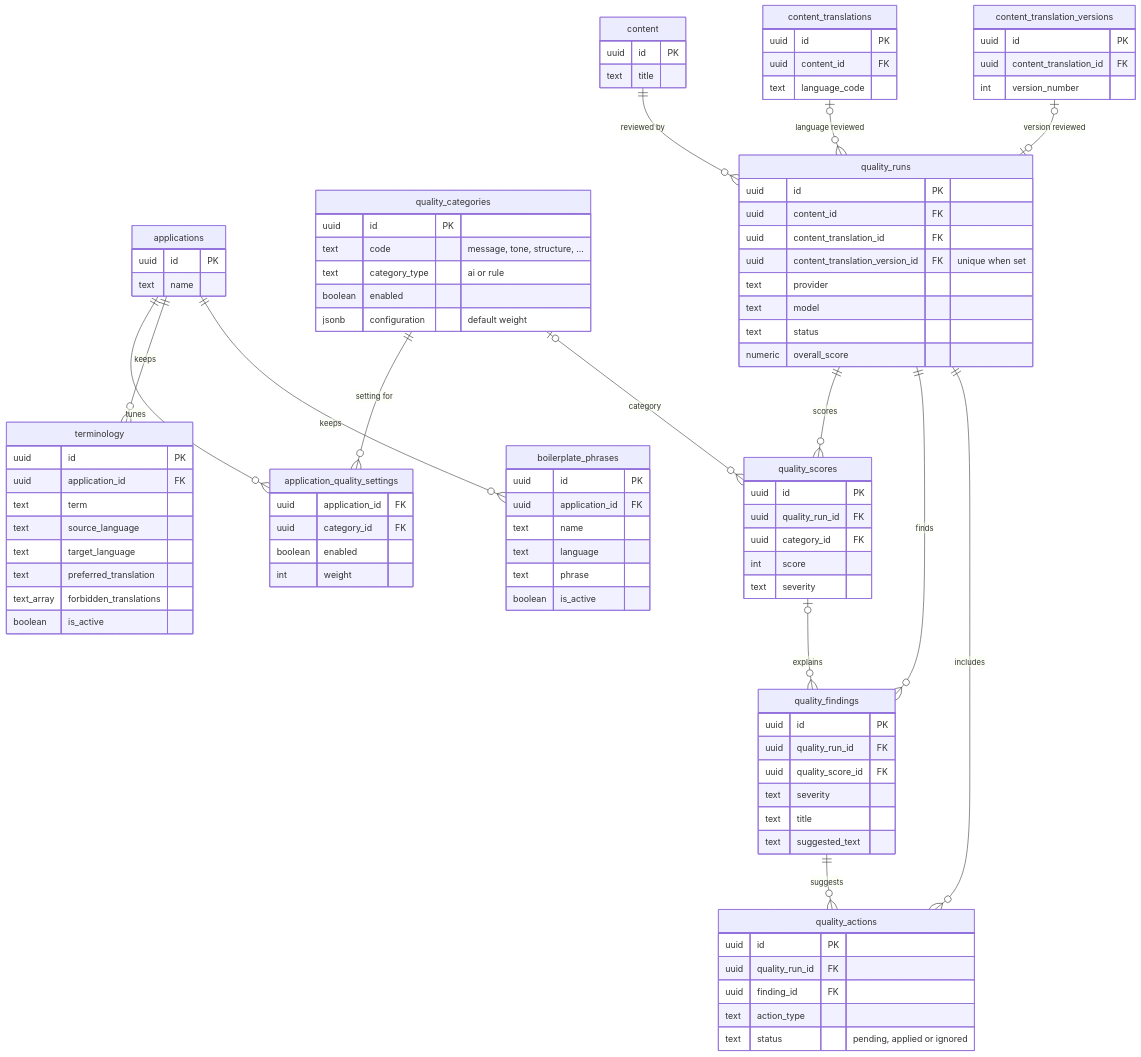
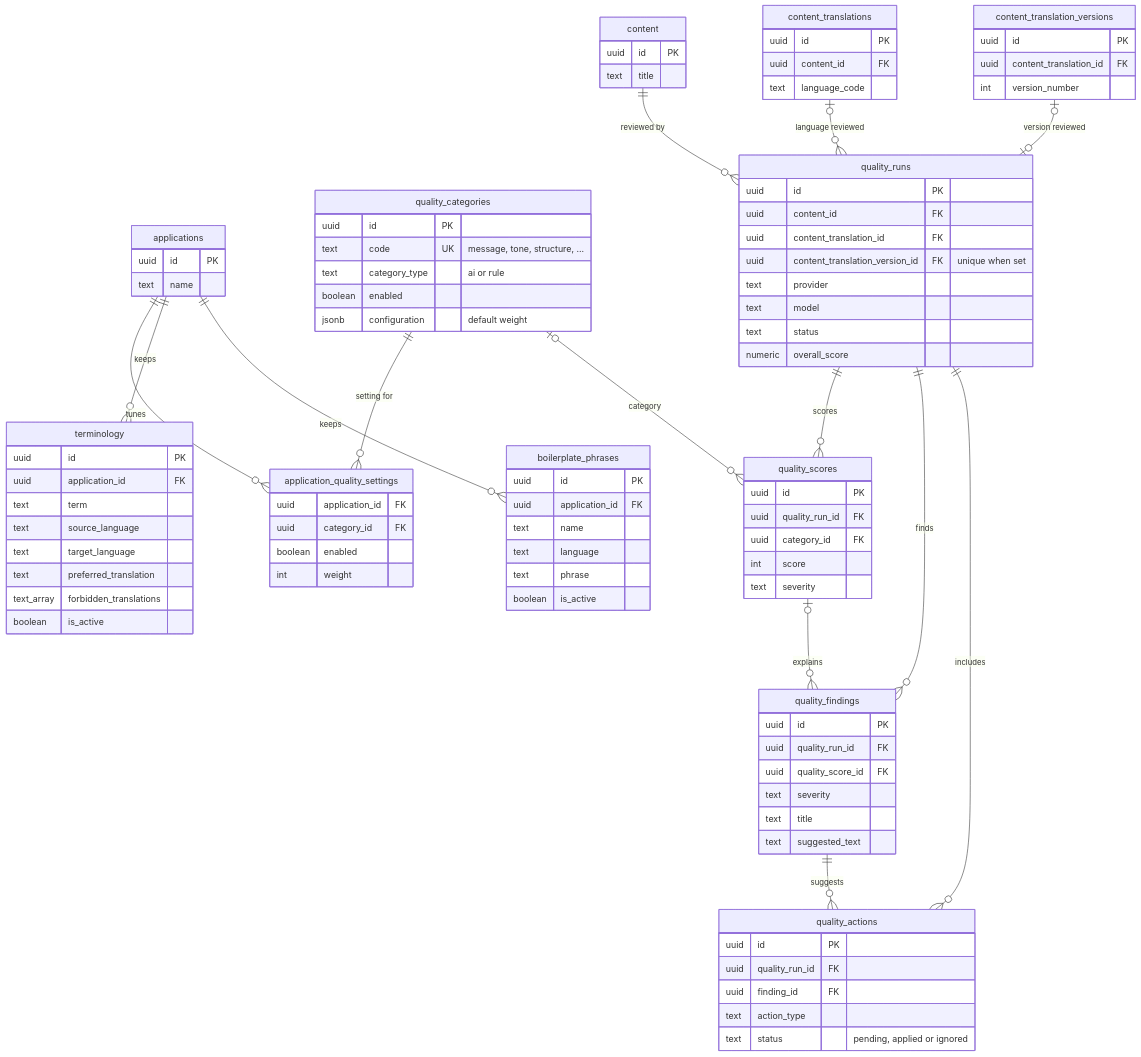
One commit to alanwongsh/mrdiy-lingo changed the fourth of 5 diagrams in docs/erd.md. Above: the diagram before and after it, drawn with Mermaid. The commit also changed other lines of this file and 5 other files, not shown here.

Commit message:
update index and erd

```diff
--- a/docs/erd.md
+++ b/docs/erd.md
@@ -253,7 +256,7 @@
   }
   quality_categories {
     uuid id PK
-    text code "message, tone, structure, ..."
+    text code UK "message, tone, structure, ..."
     text category_type "ai or rule"
     boolean enabled
     jsonb configuration "default weight"
```
